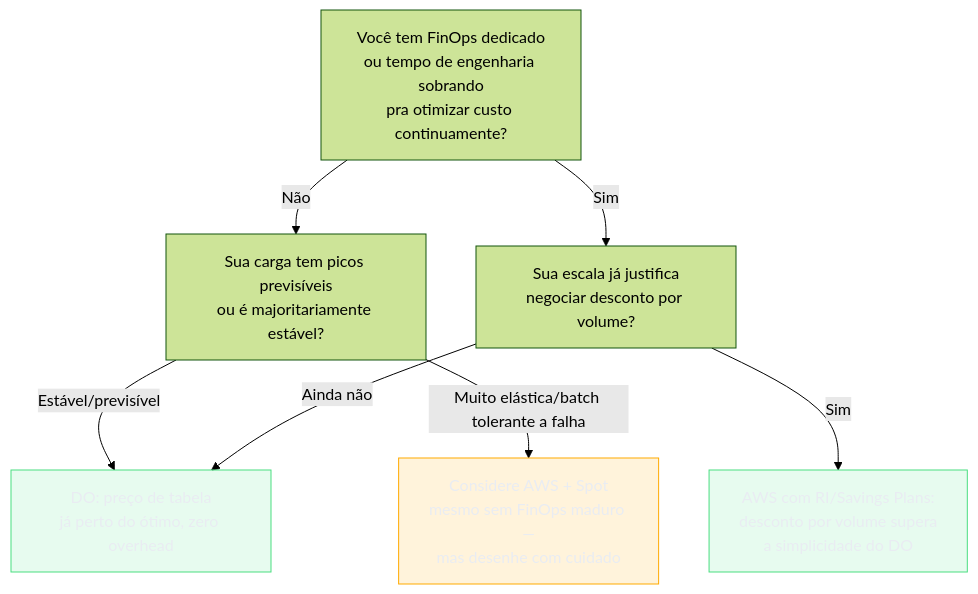
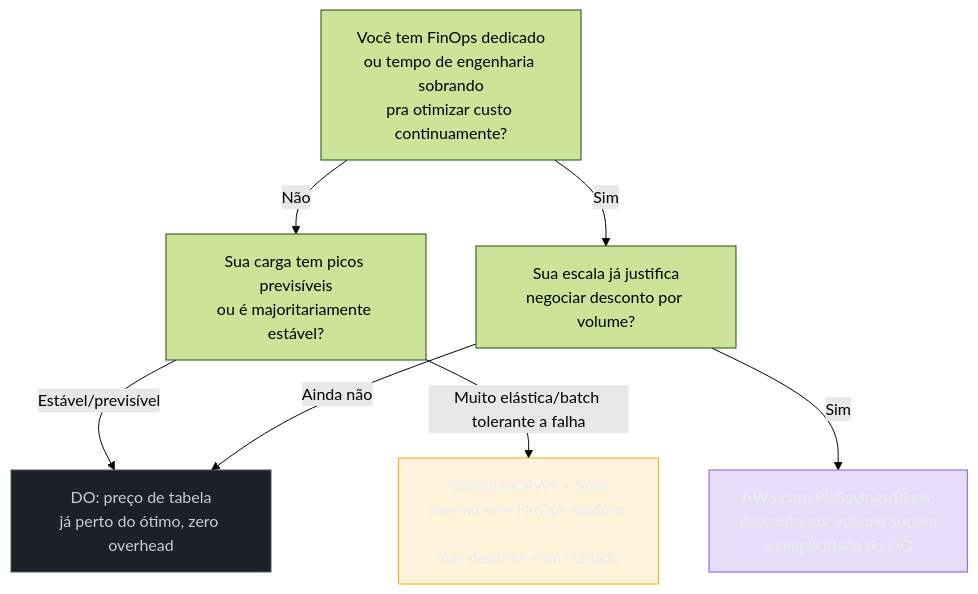
Before and after one commit to josenaldo/codex-technomanticus: the fourth of 4 diagrams in 03-Dominios/Tecnologia/Cloud/22 - DigitalOcean a fundo/03 - Pricing previsível como diferencial.md, drawn with Mermaid (forest theme). The commit also changed other lines of this file and 601 other files, not shown here.

````diff
--- a/03-Dominios/Tecnologia/Cloud/22 - DigitalOcean a fundo/03 - Pricing previsível como diferencial.md
+++ b/03-Dominios/Tecnologia/Cloud/22 - DigitalOcean a fundo/03 - Pricing previsível como diferencial.md
@@ -191,15 +191,16 @@
 ```mermaid
 flowchart TD
-    classDef ok fill:#4ADE8021,stroke:#4ADE80,color:#E9ECF2
+    classDef marca fill:#8855DF33,stroke:#8855DF,color:#E9ECF2
+    classDef neutro fill:#1B2029,stroke:#4E5666,color:#C6CCD8
     classDef destaque fill:#FFAA0024,stroke:#FFAA00,color:#E9ECF2
     A["Você tem FinOps dedicado<br/>ou tempo de engenharia sobrando<br/>pra otimizar custo continuamente?"] -->|Não| B["Sua carga tem picos previsíveis<br/>ou é majoritariamente estável?"]
     A -->|Sim| C["Sua escala já justifica<br/>negociar desconto por volume?"]
     B -->|Estável/previsível| D["DO: preço de tabela<br/>já perto do ótimo, zero overhead"]
     B -->|Muito elástica/batch tolerante a falha| E["Considere AWS + Spot<br/>mesmo sem FinOps maduro —<br/>mas desenhe com cuidado"]
     C -->|Sim| F["AWS com RI/Savings Plans:<br/>desconto por volume supera<br/>a simplicidade do DO"]
     C -->|Ainda não| D
 
-    class D ok
-    class F ok
+    class D neutro
+    class F marca
     class E destaque
 ```
````
